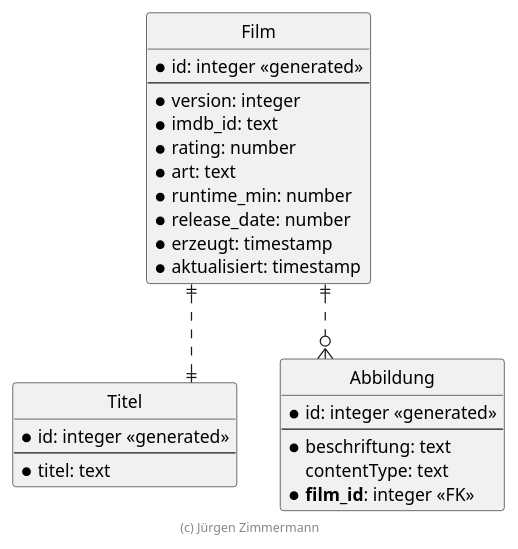
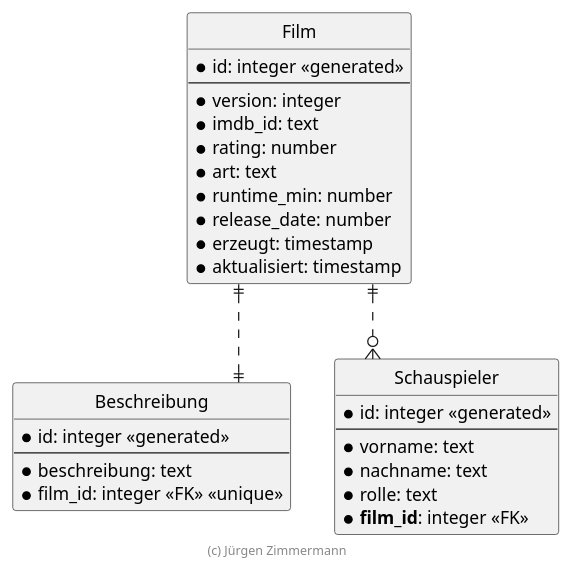
Before and after one commit to dilaradg/Filmify: the diagram in .extras/doc/projekthandbuch/ER-Diagramm.plantuml, drawn with PlantUML. The commit also changed 6 other files, not shown here.

Commit message:
Update project documentation: replace Book diagrams with Film diagrams (ER, sequence, components, use cases)

```diff
--- a/.extras/doc/projekthandbuch/ER-Diagramm.plantuml
+++ b/.extras/doc/projekthandbuch/ER-Diagramm.plantuml
@@ -18,41 +18,43 @@
 @startuml ER Diagramm
 
 ' hide the spot
 hide circle
 
 ' evtl. Prbleme mit Kraehenfuessen vermeiden
 skinparam linetype ortho
 
 entity "Film" {
   * id: integer <<generated>>
   --
   * version: integer
   * imdb_id: text
   * rating: number
   * art: text
   * runtime_min: number
   * release_date: number
   * erzeugt: timestamp
   * aktualisiert: timestamp
 }
 
-entity "Titel" {
+entity "Beschreibung" {
   * id: integer <<generated>>
   --
-  * titel: text
+  * beschreibung: text
+  * film_id: integer <<FK>> <<unique>>
 }
 
-entity "Abbildung" {
+entity "Schauspieler" {
   * id: integer <<generated>>
   --
-  * beschriftung: text
-    contentType: text
+  * vorname: text
+  * nachname: text
+  * rolle: text
   * **film_id**: integer <<FK>>
 }
 
-Film ||..|| Titel
-Film ||..o{ Abbildung
+Film ||..|| Beschreibung
+Film ||..o{ Schauspieler
 
 footer (c) Jürgen Zimmermann
 
 @enduml
```
